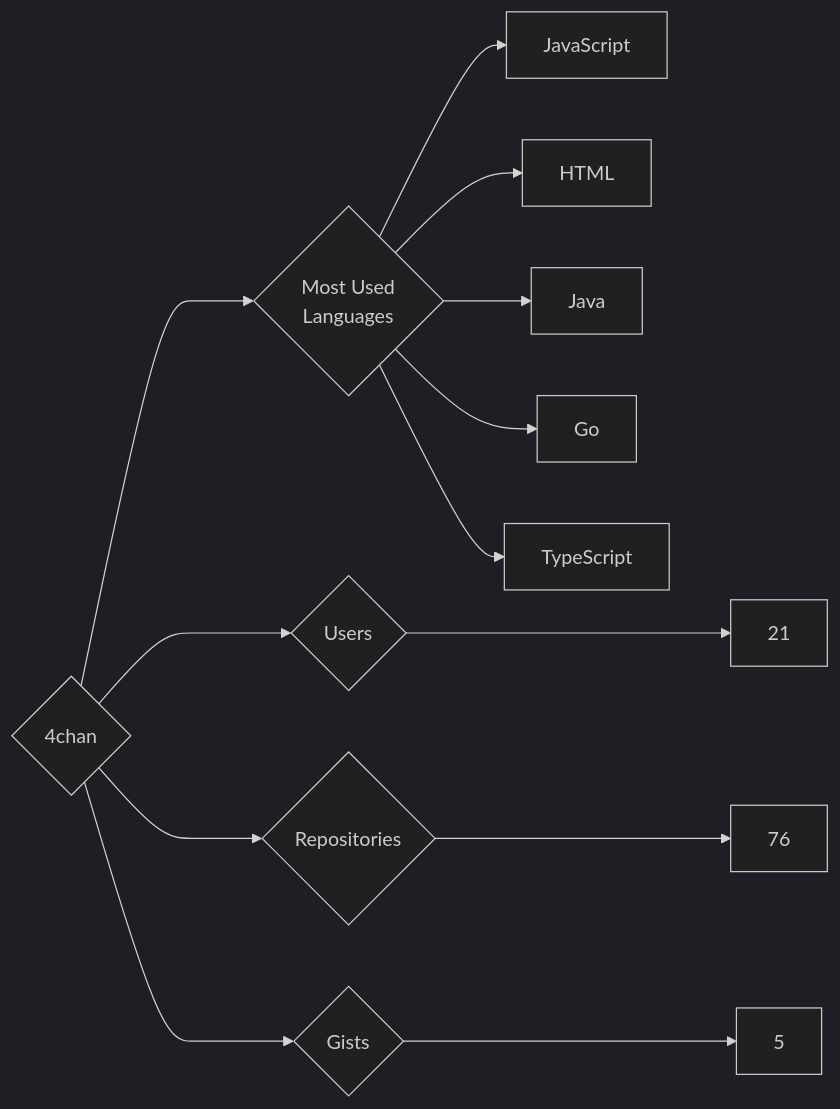
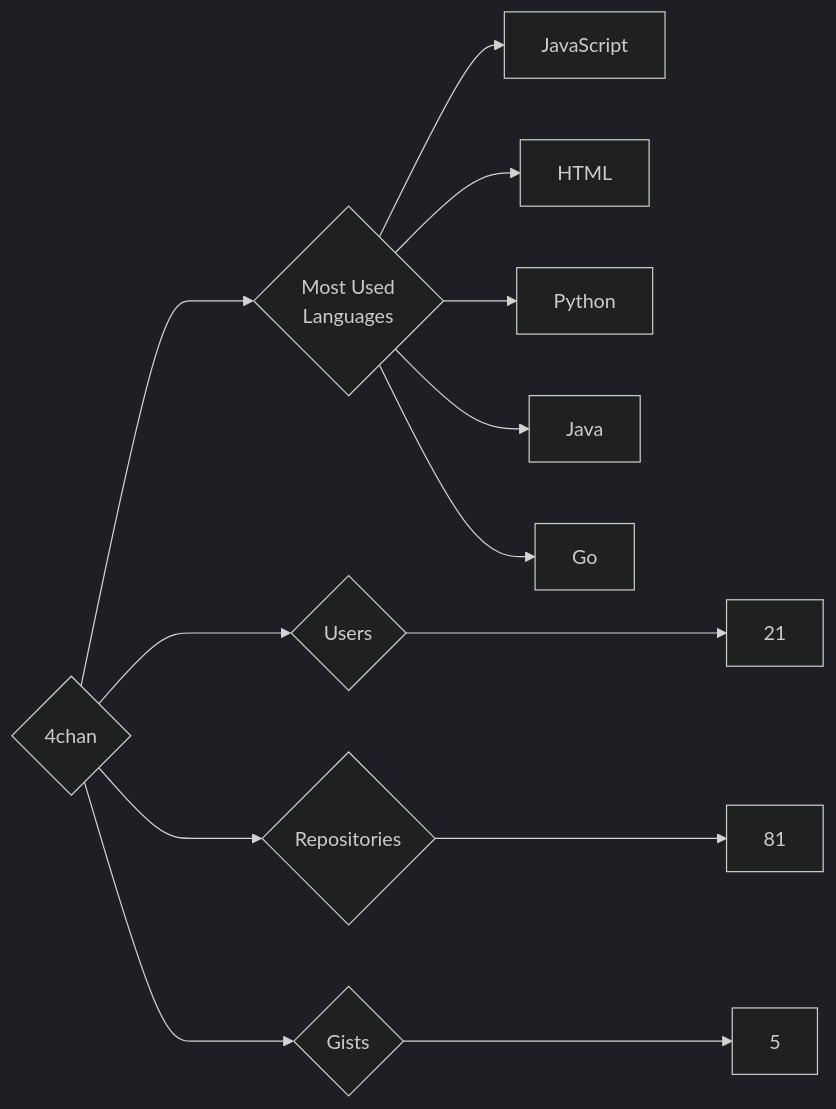
The diagram in targets/4chan/README.md (trickest/insiders), drawn with Mermaid (dark theme) before and after one commit. The commit also changed 657 other files, not shown here.

````diff
--- a/targets/4chan/README.md
+++ b/targets/4chan/README.md
@@ -3,13 +3,13 @@
 ```mermaid
 graph LR
 COMPANY_NAME{4chan}
 COMPANY_NAME ---> U{Users} ---> UN[21]
-COMPANY_NAME ---> R{Repositories} ---> RN[76]
+COMPANY_NAME ---> R{Repositories} ---> RN[81]
 COMPANY_NAME ---> G{Gists} ---> GN[5]
 COMPANY_NAME ---> ML{Most Used<br>Languages}
 ML --> JavaScript[JavaScript]
 ML --> HTML[HTML]
+ML --> Python[Python]
 ML --> Java[Java]
 ML --> Go[Go]
-ML --> TypeScript[TypeScript]
 ```
````
